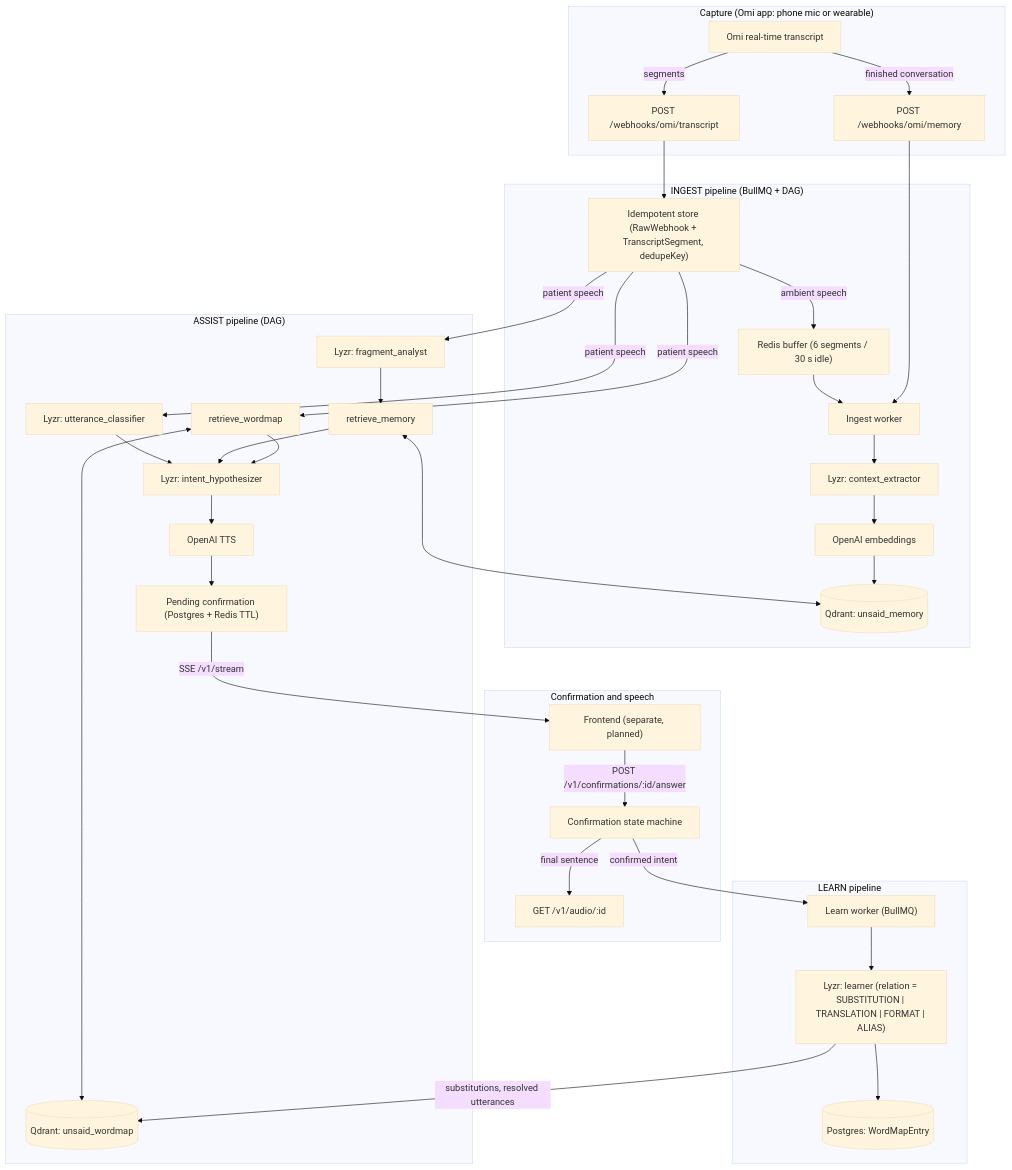
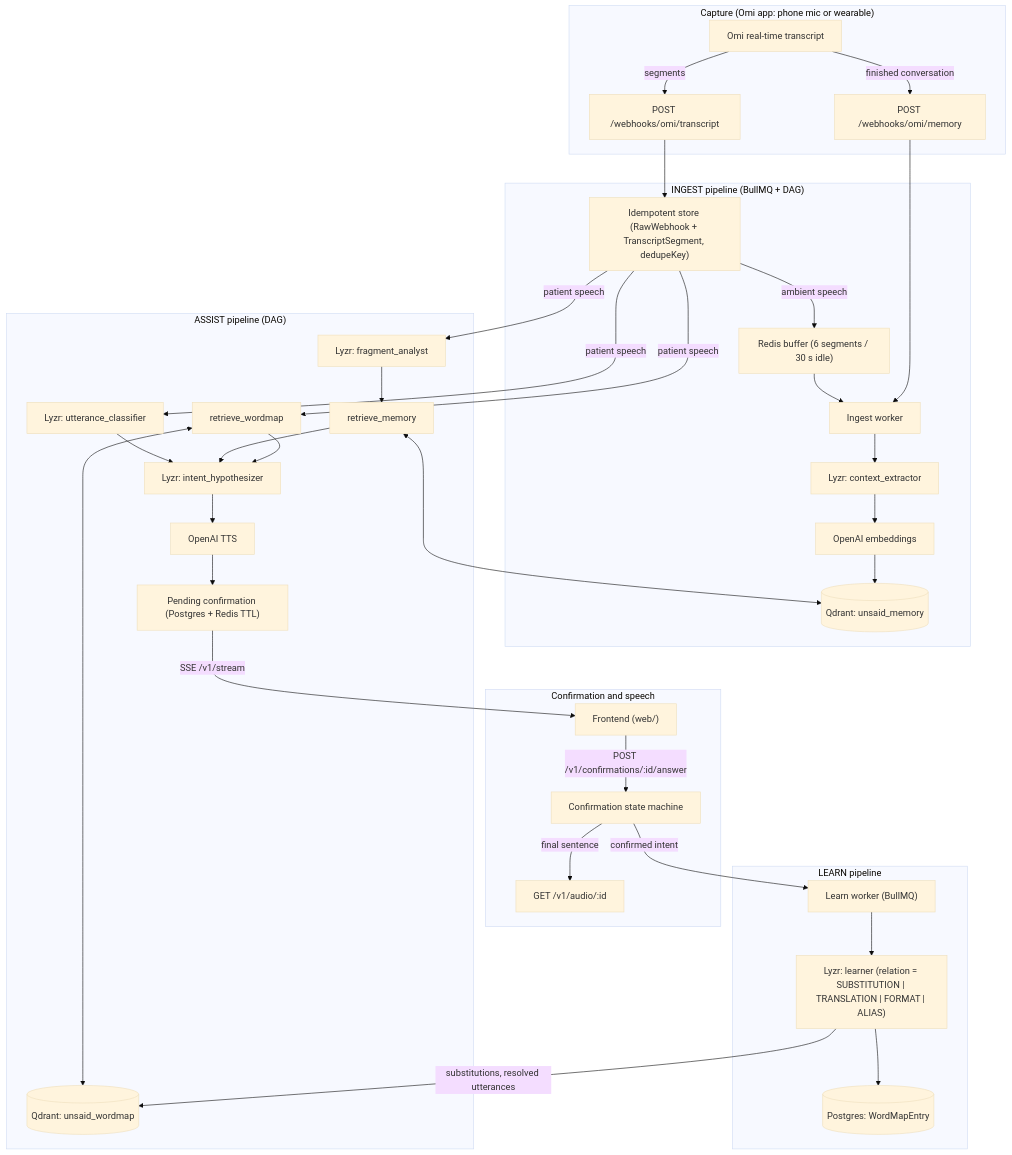
Before and after one commit to shankywho/Unsaid: the first of 2 diagrams in README.md, drawn with Mermaid (base theme). The commit also changed other lines of this file and 2 other files, not shown here.

Commit message:
default AUTH_DISABLED=true; README quickstart builds the web UI

````diff
--- a/README.md
+++ b/README.md
@@ -27,45 +27,45 @@
 ```mermaid
 flowchart TD
     subgraph Capture["Capture (Omi app: phone mic or wearable)"]
         OmiApp["Omi real-time transcript"] -->|segments| WebhookTranscript["POST /webhooks/omi/transcript"]
         OmiApp -->|finished conversation| WebhookMemory["POST /webhooks/omi/memory"]
     end
 
     WebhookTranscript --> Dedupe["Idempotent store (RawWebhook + TranscriptSegment, dedupeKey)"]
 
     subgraph Ingestion["INGEST pipeline (BullMQ + DAG)"]
         Dedupe -->|ambient speech| IngestBuffer["Redis buffer (6 segments / 30 s idle)"]
         IngestBuffer --> IngestWorker["Ingest worker"]
         WebhookMemory --> IngestWorker
         IngestWorker --> LyzrContext["Lyzr: context_extractor"]
         LyzrContext --> EmbedFacts["OpenAI embeddings"]
         EmbedFacts --> QdrantMemory[("Qdrant: unsaid_memory")]
     end
 
     subgraph Assist["ASSIST pipeline (DAG)"]
         Dedupe -->|patient speech| Classify["Lyzr: utterance_classifier"]
         Dedupe -->|patient speech| FragmentAnalyst["Lyzr: fragment_analyst"]
         Dedupe -->|patient speech| WordMapRetrieve["retrieve_wordmap"]
         FragmentAnalyst --> MemoryRetrieve["retrieve_memory"]
         MemoryRetrieve <--> QdrantMemory
         WordMapRetrieve <--> QdrantWordMap[("Qdrant: unsaid_wordmap")]
         Classify --> Hypothesizer["Lyzr: intent_hypothesizer"]
         MemoryRetrieve --> Hypothesizer
         WordMapRetrieve --> Hypothesizer
         Hypothesizer --> TTS["OpenAI TTS"]
         TTS --> PendingConfirm["Pending confirmation (Postgres + Redis TTL)"]
     end
 
     subgraph Interaction["Confirmation and speech"]
-        PendingConfirm -->|SSE /v1/stream| Frontend["Frontend (separate, planned)"]
+        PendingConfirm -->|SSE /v1/stream| Frontend["Frontend (web/)"]
         Frontend -->|"POST /v1/confirmations/:id/answer"| ConfirmHandler["Confirmation state machine"]
         ConfirmHandler -->|final sentence| AudioStream["GET /v1/audio/:id"]
     end
 
     subgraph Feedback["LEARN pipeline"]
         ConfirmHandler -->|confirmed intent| LearnWorker["Learn worker (BullMQ)"]
         LearnWorker --> LyzrLearner["Lyzr: learner (relation = SUBSTITUTION | TRANSLATION | FORMAT | ALIAS)"]
         LyzrLearner -->|substitutions, resolved utterances| QdrantWordMap
         LyzrLearner --> PostgresWordMap[("Postgres: WordMapEntry")]
     end
 ```
````
